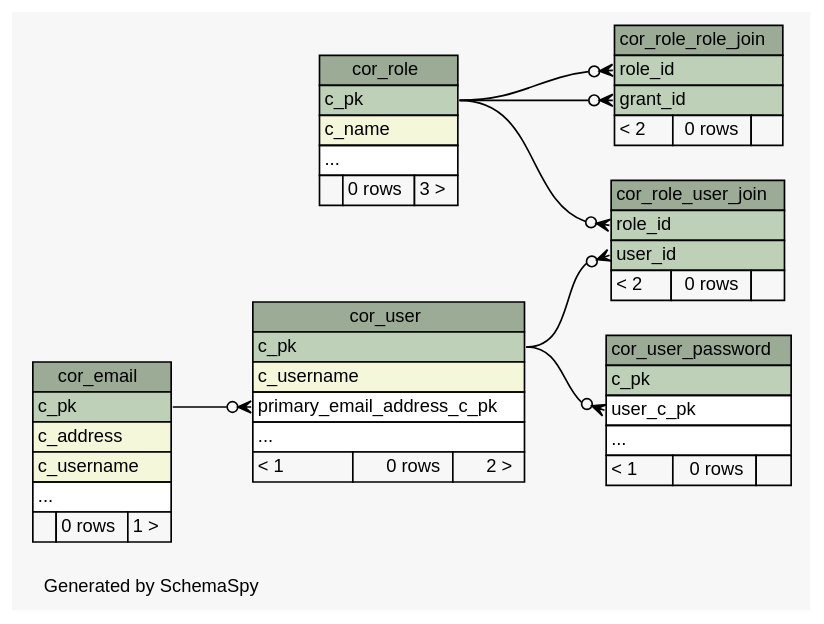
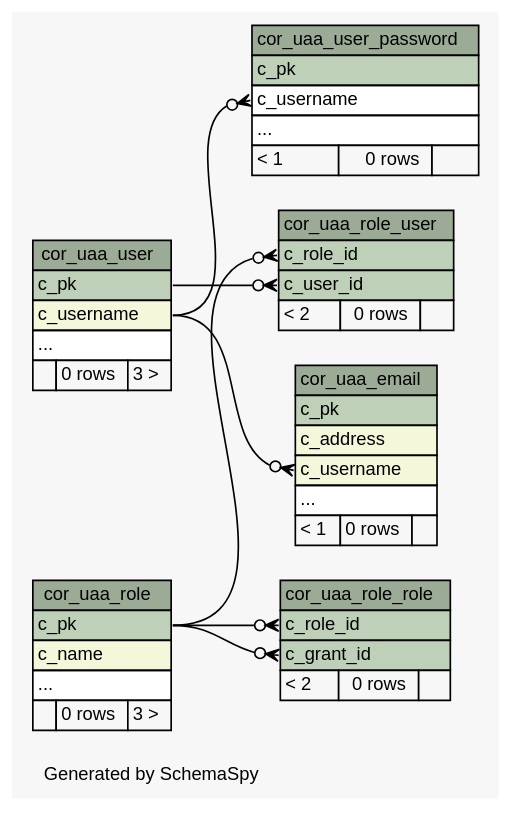
One commit to openwms/org.openwms.core.uaa changed the diagram in schemaspy/diagrams/summary/relationships.real.compact.dot. Above: the diagram before and after it, drawn with Graphviz. The commit also changed 400 other files, not shown here.

```diff
--- a/schemaspy/diagrams/summary/relationships.real.compact.dot
+++ b/schemaspy/diagrams/summary/relationships.real.compact.dot
@@ -1,100 +1,99 @@
 // dot 2.38.0 on Linux 4.15.0-1055-gcp
 // SchemaSpy rev Unknown
 digraph "compactRelationshipsDiagram" {
   graph [
     rankdir="RL"
     bgcolor="#f7f7f7"
     label="\nGenerated by SchemaSpy"
     labeljust="l"
     nodesep="0.18"
     ranksep="0.46"
     fontname="Helvetica"
     fontsize="11"
   ];
   node [
     fontname="Helvetica"
     fontsize="11"
     shape="plaintext"
   ];
   edge [
     arrowsize="0.8"
   ];
-  "cor_email" [
+  "cor_uaa_email" [
     label=<
     <TABLE BORDER="0" CELLBORDER="1" CELLSPACING="0" BGCOLOR="#ffffff">
-      <TR><TD COLSPAN="3" BGCOLOR="#9bab96" ALIGN="CENTER">cor_email</TD></TR>
+      <TR><TD COLSPAN="3" BGCOLOR="#9bab96" ALIGN="CENTER">cor_uaa_email</TD></TR>
       <TR><TD PORT="c_pk" COLSPAN="3" BGCOLOR="#bed1b8" ALIGN="LEFT">c_pk</TD></TR>
       <TR><TD PORT="c_address" COLSPAN="3" BGCOLOR="#f4f7da" ALIGN="LEFT">c_address</TD></TR>
       <TR><TD PORT="c_username" COLSPAN="3" BGCOLOR="#f4f7da" ALIGN="LEFT">c_username</TD></TR>
       <TR><TD PORT="elipses" COLSPAN="3" ALIGN="LEFT">...</TD></TR>
-      <TR><TD ALIGN="LEFT" BGCOLOR="#f7f7f7">  </TD><TD ALIGN="RIGHT" BGCOLOR="#f7f7f7">0 rows</TD><TD ALIGN="RIGHT" BGCOLOR="#f7f7f7">1 &gt;</TD></TR>
+      <TR><TD ALIGN="LEFT" BGCOLOR="#f7f7f7">&lt; 1</TD><TD ALIGN="RIGHT" BGCOLOR="#f7f7f7">0 rows</TD><TD ALIGN="RIGHT" BGCOLOR="#f7f7f7">  </TD></TR>
     </TABLE>>
-    URL="tables/cor_email.html"
-    tooltip="cor_email"
+    URL="tables/cor_uaa_email.html"
+    tooltip="cor_uaa_email"
   ];
-  "cor_role" [
+  "cor_uaa_role" [
     label=<
     <TABLE BORDER="0" CELLBORDER="1" CELLSPACING="0" BGCOLOR="#ffffff">
-      <TR><TD COLSPAN="3" BGCOLOR="#9bab96" ALIGN="CENTER">cor_role</TD></TR>
+      <TR><TD COLSPAN="3" BGCOLOR="#9bab96" ALIGN="CENTER">cor_uaa_role</TD></TR>
       <TR><TD PORT="c_pk" COLSPAN="3" BGCOLOR="#bed1b8" ALIGN="LEFT">c_pk</TD></TR>
       <TR><TD PORT="c_name" COLSPAN="3" BGCOLOR="#f4f7da" ALIGN="LEFT">c_name</TD></TR>
       <TR><TD PORT="elipses" COLSPAN="3" ALIGN="LEFT">...</TD></TR>
       <TR><TD ALIGN="LEFT" BGCOLOR="#f7f7f7">  </TD><TD ALIGN="RIGHT" BGCOLOR="#f7f7f7">0 rows</TD><TD ALIGN="RIGHT" BGCOLOR="#f7f7f7">3 &gt;</TD></TR>
     </TABLE>>
-    URL="tables/cor_role.html"
-    tooltip="cor_role"
+    URL="tables/cor_uaa_role.html"
+    tooltip="cor_uaa_role"
   ];
-  "cor_role_role_join" [
+  "cor_uaa_role_role" [
     label=<
     <TABLE BORDER="0" CELLBORDER="1" CELLSPACING="0" BGCOLOR="#ffffff">
-      <TR><TD COLSPAN="3" BGCOLOR="#9bab96" ALIGN="CENTER">cor_role_role_join</TD></TR>
-      <TR><TD PORT="role_id" COLSPAN="3" BGCOLOR="#bed1b8" ALIGN="LEFT">role_id</TD></TR>
-      <TR><TD PORT="grant_id" COLSPAN="3" BGCOLOR="#bed1b8" ALIGN="LEFT">grant_id</TD></TR>
+      <TR><TD COLSPAN="3" BGCOLOR="#9bab96" ALIGN="CENTER">cor_uaa_role_role</TD></TR>
+      <TR><TD PORT="c_role_id" COLSPAN="3" BGCOLOR="#bed1b8" ALIGN="LEFT">c_role_id</TD></TR>
+      <TR><TD PORT="c_grant_id" COLSPAN="3" BGCOLOR="#bed1b8" ALIGN="LEFT">c_grant_id</TD></TR>
       <TR><TD ALIGN="LEFT" BGCOLOR="#f7f7f7">&lt; 2</TD><TD ALIGN="RIGHT" BGCOLOR="#f7f7f7">0 rows</TD><TD ALIGN="RIGHT" BGCOLOR="#f7f7f7">  </TD></TR>
     </TABLE>>
-    URL="tables/cor_role_role_join.html"
-    tooltip="cor_role_role_join"
+    URL="tables/cor_uaa_role_role.html"
+    tooltip="cor_uaa_role_role"
   ];
-  "cor_role_user_join" [
+  "cor_uaa_role_user" [
     label=<
     <TABLE BORDER="0" CELLBORDER="1" CELLSPACING="0" BGCOLOR="#ffffff">
-      <TR><TD COLSPAN="3" BGCOLOR="#9bab96" ALIGN="CENTER">cor_role_user_join</TD></TR>
-      <TR><TD PORT="role_id" COLSPAN="3" BGCOLOR="#bed1b8" ALIGN="LEFT">role_id</TD></TR>
-      <TR><TD PORT="user_id" COLSPAN="3" BGCOLOR="#bed1b8" ALIGN="LEFT">user_id</TD></TR>
+      <TR><TD COLSPAN="3" BGCOLOR="#9bab96" ALIGN="CENTER">cor_uaa_role_user</TD></TR>
+      <TR><TD PORT="c_role_id" COLSPAN="3" BGCOLOR="#bed1b8" ALIGN="LEFT">c_role_id</TD></TR>
+      <TR><TD PORT="c_user_id" COLSPAN="3" BGCOLOR="#bed1b8" ALIGN="LEFT">c_user_id</TD></TR>
       <TR><TD ALIGN="LEFT" BGCOLOR="#f7f7f7">&lt; 2</TD><TD ALIGN="RIGHT" BGCOLOR="#f7f7f7">0 rows</TD><TD ALIGN="RIGHT" BGCOLOR="#f7f7f7">  </TD></TR>
     </TABLE>>
-    URL="tables/cor_role_user_join.html"
-    tooltip="cor_role_user_join"
+    URL="tables/cor_uaa_role_user.html"
+    tooltip="cor_uaa_role_user"
   ];
-  "cor_user" [
+  "cor_uaa_user" [
     label=<
     <TABLE BORDER="0" CELLBORDER="1" CELLSPACING="0" BGCOLOR="#ffffff">
-      <TR><TD COLSPAN="3" BGCOLOR="#9bab96" ALIGN="CENTER">cor_user</TD></TR>
+      <TR><TD COLSPAN="3" BGCOLOR="#9bab96" ALIGN="CENTER">cor_uaa_user</TD></TR>
       <TR><TD PORT="c_pk" COLSPAN="3" BGCOLOR="#bed1b8" ALIGN="LEFT">c_pk</TD></TR>
       <TR><TD PORT="c_username" COLSPAN="3" BGCOLOR="#f4f7da" ALIGN="LEFT">c_username</TD></TR>
-      <TR><TD PORT="primary_email_address_c_pk" COLSPAN="3" ALIGN="LEFT">primary_email_address_c_pk</TD></TR>
       <TR><TD PORT="elipses" COLSPAN="3" ALIGN="LEFT">...</TD></TR>
-      <TR><TD ALIGN="LEFT" BGCOLOR="#f7f7f7">&lt; 1</TD><TD ALIGN="RIGHT" BGCOLOR="#f7f7f7">0 rows</TD><TD ALIGN="RIGHT" BGCOLOR="#f7f7f7">2 &gt;</TD></TR>
+      <TR><TD ALIGN="LEFT" BGCOLOR="#f7f7f7">  </TD><TD ALIGN="RIGHT" BGCOLOR="#f7f7f7">0 rows</TD><TD ALIGN="RIGHT" BGCOLOR="#f7f7f7">3 &gt;</TD></TR>
     </TABLE>>
-    URL="tables/cor_user.html"
-    tooltip="cor_user"
+    URL="tables/cor_uaa_user.html"
+    tooltip="cor_uaa_user"
   ];
-  "cor_user_password" [
+  "cor_uaa_user_password" [
     label=<
     <TABLE BORDER="0" CELLBORDER="1" CELLSPACING="0" BGCOLOR="#ffffff">
-      <TR><TD COLSPAN="3" BGCOLOR="#9bab96" ALIGN="CENTER">cor_user_password</TD></TR>
+      <TR><TD COLSPAN="3" BGCOLOR="#9bab96" ALIGN="CENTER">cor_uaa_user_password</TD></TR>
       <TR><TD PORT="c_pk" COLSPAN="3" BGCOLOR="#bed1b8" ALIGN="LEFT">c_pk</TD></TR>
-      <TR><TD PORT="user_c_pk" COLSPAN="3" ALIGN="LEFT">user_c_pk</TD></TR>
+      <TR><TD PORT="c_username" COLSPAN="3" ALIGN="LEFT">c_username</TD></TR>
       <TR><TD PORT="elipses" COLSPAN="3" ALIGN="LEFT">...</TD></TR>
       <TR><TD ALIGN="LEFT" BGCOLOR="#f7f7f7">&lt; 1</TD><TD ALIGN="RIGHT" BGCOLOR="#f7f7f7">0 rows</TD><TD ALIGN="RIGHT" BGCOLOR="#f7f7f7">  </TD></TR>
     </TABLE>>
-    URL="tables/cor_user_password.html"
-    tooltip="cor_user_password"
+    URL="tables/cor_uaa_user_password.html"
+    tooltip="cor_uaa_user_password"
   ];
-  "cor_role_role_join":"grant_id":w -> "cor_role":"c_pk":e [arrowhead=none dir=back arrowtail=crowodot];
-  "cor_role_role_join":"role_id":w -> "cor_role":"c_pk":e [arrowhead=none dir=back arrowtail=crowodot];
-  "cor_role_user_join":"role_id":w -> "cor_role":"c_pk":e [arrowhead=none dir=back arrowtail=crowodot];
-  "cor_role_user_join":"user_id":w -> "cor_user":"c_pk":e [arrowhead=none dir=back arrowtail=crowodot];
-  "cor_user":"primary_email_address_c_pk":w -> "cor_email":"c_pk":e [arrowhead=none dir=back arrowtail=crowodot];
-  "cor_user_password":"user_c_pk":w -> "cor_user":"c_pk":e [arrowhead=none dir=back arrowtail=crowodot];
+  "cor_uaa_email":"c_username":w -> "cor_uaa_user":"c_username":e [arrowhead=none dir=back arrowtail=crowodot];
+  "cor_uaa_role_role":"c_grant_id":w -> "cor_uaa_role":"c_pk":e [arrowhead=none dir=back arrowtail=crowodot];
+  "cor_uaa_role_role":"c_role_id":w -> "cor_uaa_role":"c_pk":e [arrowhead=none dir=back arrowtail=crowodot];
+  "cor_uaa_role_user":"c_role_id":w -> "cor_uaa_role":"c_pk":e [arrowhead=none dir=back arrowtail=crowodot];
+  "cor_uaa_role_user":"c_user_id":w -> "cor_uaa_user":"c_pk":e [arrowhead=none dir=back arrowtail=crowodot];
+  "cor_uaa_user_password":"c_username":w -> "cor_uaa_user":"c_username":e [arrowhead=none dir=back arrowtail=crowodot];
 }
```
